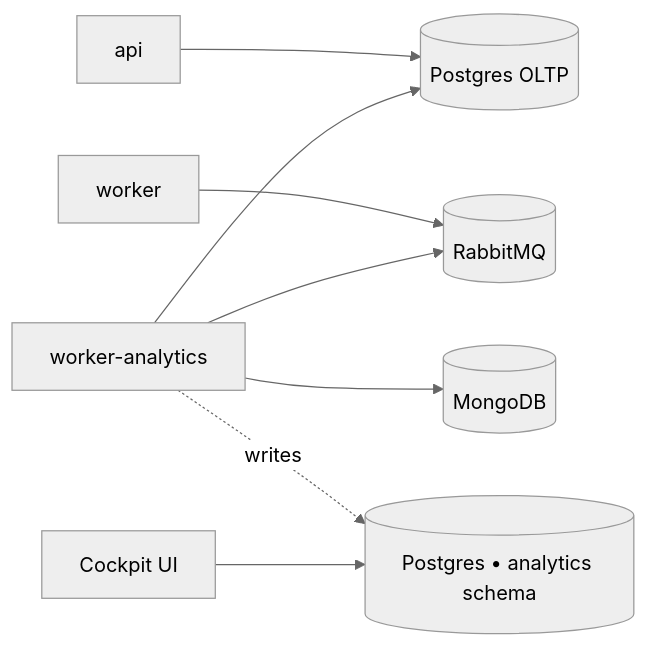
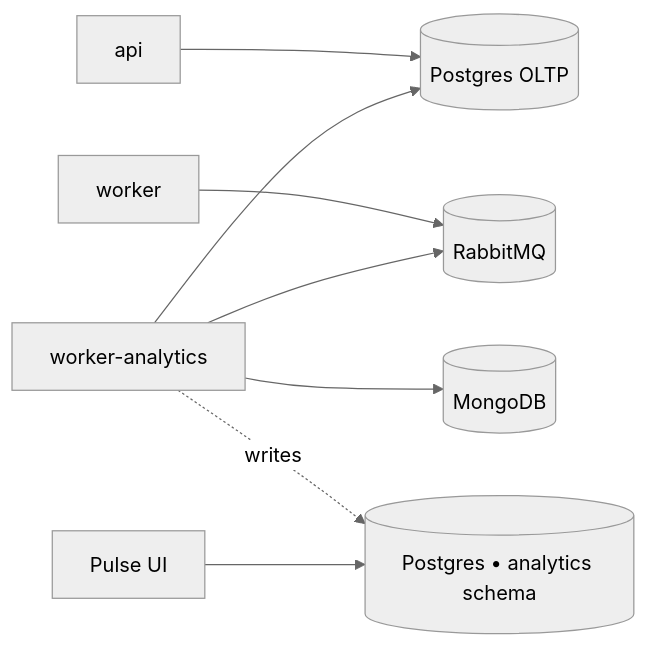
One commit to piyushrai02/mesraidoc changed the diagram in pages/operations/deploy_mesrai/analytics_worker.mdx. Above: the diagram before and after it, drawn with Mermaid (neutral theme). The commit also changed other lines of this file and 14 other files, not shown here.

First line of the commit message:
docs: rename Cockpit → Pulse across all user-facing copy

````diff
--- a/pages/operations/deploy_mesrai/analytics_worker.mdx
+++ b/pages/operations/deploy_mesrai/analytics_worker.mdx
@@ -49,10 +49,10 @@
 ```mermaid
 flowchart LR
     api[api] --> pg[(Postgres OLTP)]
     worker[worker] --> rabbitmq[(RabbitMQ)]
     aw[worker-analytics] --> rabbitmq
     aw --> pg
     aw --> mg[(MongoDB)]
     aw -.->|writes| analytics[(Postgres • analytics schema)]
-    cockpit[Cockpit UI] --> analytics
+    cockpit[Pulse UI] --> analytics
 ```
````
